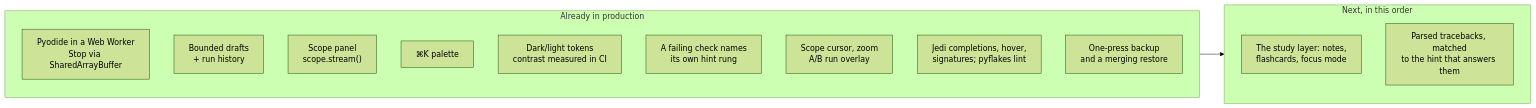
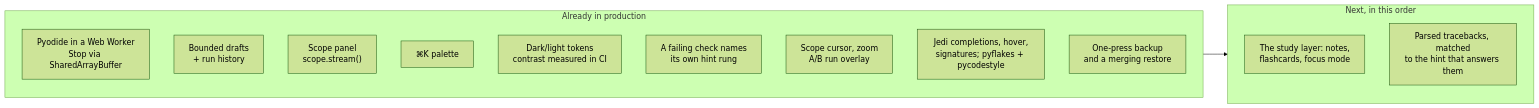
One commit to TLE47/Mechatronics-Roadmap changed the diagram in docs/PLAN-2.0-GAP.md. Above: the diagram before and after it, drawn with Mermaid (forest theme). The commit also changed other lines of this file and 9 other files, not shown here.

````diff
--- a/docs/PLAN-2.0-GAP.md
+++ b/docs/PLAN-2.0-GAP.md
@@ -8,19 +8,19 @@
 ```mermaid
 flowchart LR
     subgraph shipped["Already in production"]
         W["Pyodide in a Web Worker<br/>Stop via SharedArrayBuffer"]
         D["Bounded drafts<br/>+ run history"]
         S["Scope panel<br/>scope.stream()"]
         P["⌘K palette"]
         T["Dark/light tokens<br/>contrast measured in CI"]
         H["A failing check names<br/>its own hint rung"]
         A["Scope cursor, zoom<br/>A/B run overlay"]
-        J["Jedi completions, hover,<br/>signatures; pyflakes lint"]
+        J["Jedi completions, hover,<br/>signatures; pyflakes + pycodestyle"]
         B["One-press backup<br/>and a merging restore"]
     end
     subgraph next["Next, in this order"]
         N1["The study layer: notes,<br/>flashcards, focus mode"]
         N3["Parsed tracebacks, matched<br/>to the hint that answers them"]
     end
     shipped --> next
 ```
````
